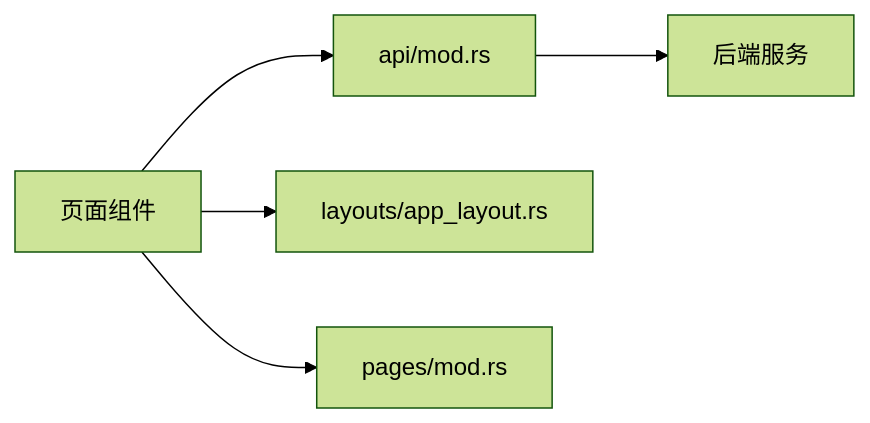
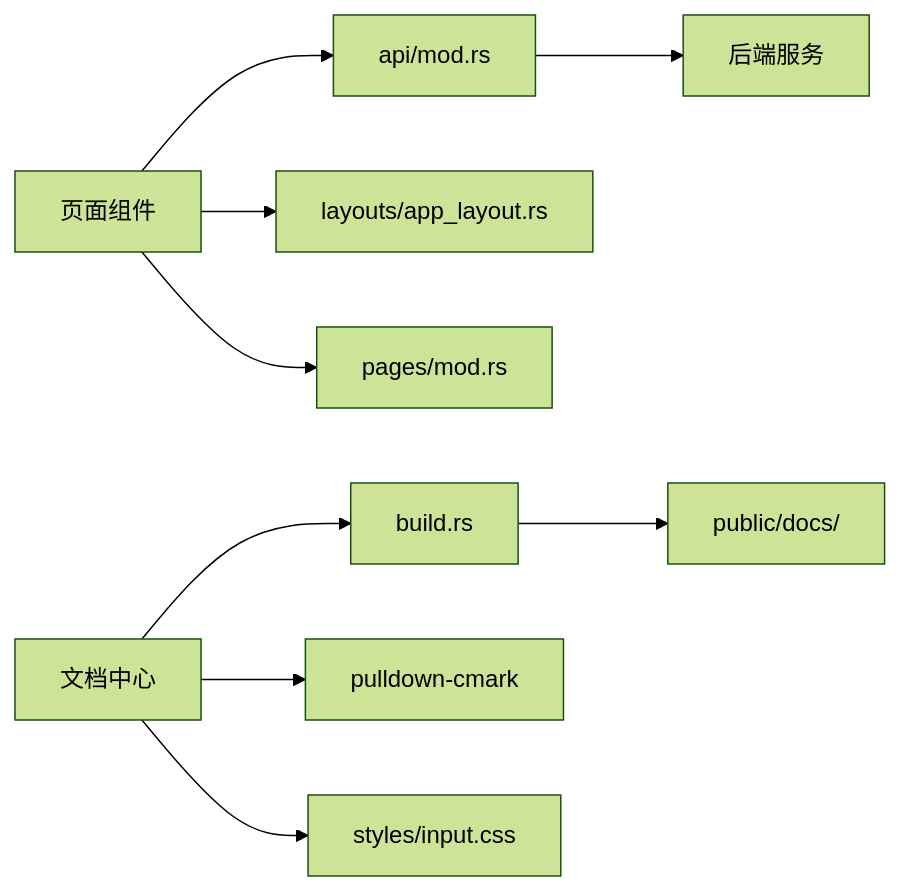
Before and after one commit to runningcoders/ai_orz: the seventh of 7 diagrams in .qoder/repowiki/zh/content/前端应用/页面模块/页面模块.md, drawn with Mermaid (forest theme). The commit also changed other lines of this file and 338 other files, not shown here.

````diff
--- a/.qoder/repowiki/zh/content/前端应用/页面模块/页面模块.md
+++ b/.qoder/repowiki/zh/content/前端应用/页面模块/页面模块.md
@@ -267,7 +308,11 @@
 ```mermaid
 graph LR
 Pages["页面组件"] --> API["api/mod.rs"]
 Pages --> Layout["layouts/app_layout.rs"]
 Pages --> Router["pages/mod.rs"]
 API --> Backend["后端服务"]
+Docs["文档中心"] --> Build["build.rs"]
+Docs --> Pulldown["pulldown-cmark"]
+Docs --> Styles["styles/input.css"]
+Build --> Static["public/docs/"]
 ```
````
